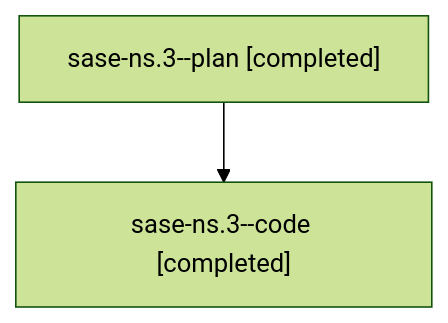
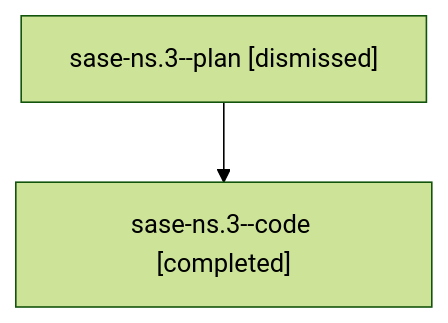
One commit to sase-org/sase--agents changed the diagram in families/bbugyi200.athena.sase-ns.3.md. Above: the diagram before and after it, drawn with Mermaid (forest theme). The commit also changed other lines of this file and 200 other files, not shown here.

````diff
--- a/families/bbugyi200.athena.sase-ns.3.md
+++ b/families/bbugyi200.athena.sase-ns.3.md
@@ -9,6 +9,6 @@
 ```mermaid
 flowchart TD
-  n0["sase-ns.3--plan [completed]"]
+  n0["sase-ns.3--plan [dismissed]"]
   n1["sase-ns.3--code [completed]"]
   n0 --> n1
 ```
````
